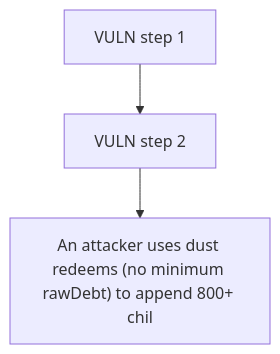
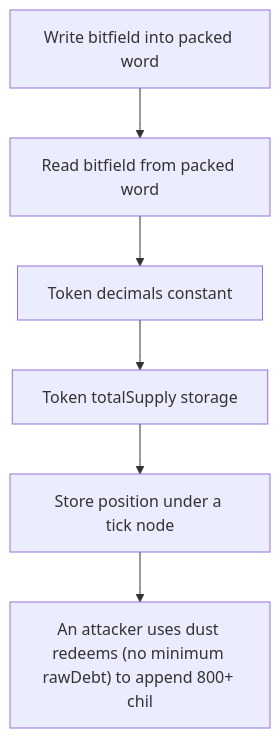
Before and after one commit to sanbir/evm-hack-registry: the diagram in 61788-attacker-can-lock-user-funds-through-redeem-function-openzep_exp/61788-attacker-can-lock-user-funds-through-redeem-function-openzep_exp.md, drawn with Mermaid. The commit also changed other lines of this file and 79 other files, not shown here.

````diff
--- a/61788-attacker-can-lock-user-funds-through-redeem-function-openzep_exp/61788-attacker-can-lock-user-funds-through-redeem-function-openzep_exp.md
+++ b/61788-attacker-can-lock-user-funds-through-redeem-function-openzep_exp/61788-attacker-can-lock-user-funds-through-redeem-function-openzep_exp.md
@@ -28,8 +28,14 @@
 ```mermaid
 flowchart TD
-  S0["VULN step 1"]
-  S1["VULN step 2"]
+  S0["Write bitfield into packed word"]
+  S1["Read bitfield from packed word"]
+  S2["Token decimals constant"]
+  S3["Token totalSupply storage"]
+  S4["Store position under a tick node"]
   H["An attacker uses dust redeems (no minimum rawDebt) to append 800+ chil"]
   S0 --> S1
-  S1 --> H
+  S1 --> S2
+  S2 --> S3
+  S3 --> S4
+  S4 --> H
 ```
````
